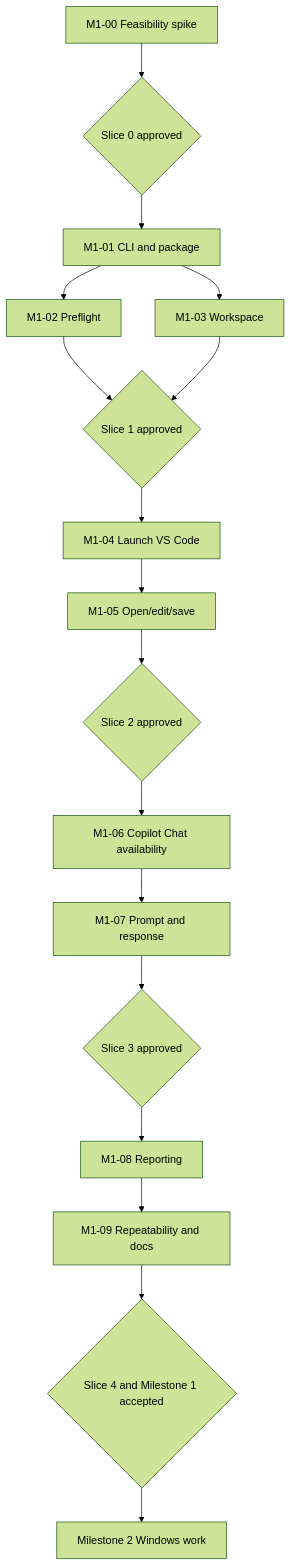
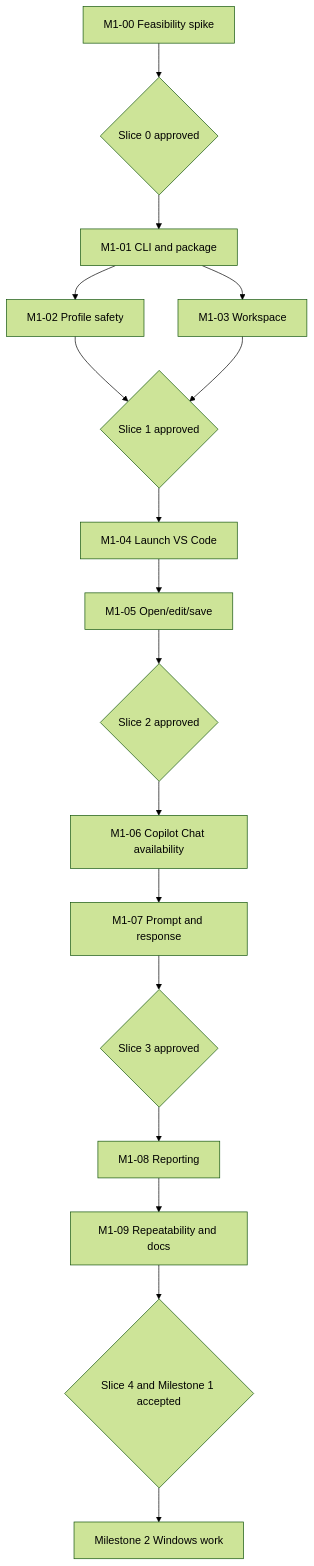
The second of 2 diagrams in specifications/ide-copilot-milestone1-user-stories.md (jimthompson5802/ide-tester), drawn with Mermaid (forest theme) before and after one commit. The commit also changed other lines of this file and 7 other files, not shown here.

Commit message:
docs: limit M1-02 scope to profile safety

````diff
--- a/specifications/ide-copilot-milestone1-user-stories.md
+++ b/specifications/ide-copilot-milestone1-user-stories.md
@@ -366,19 +364,19 @@
 ```mermaid
 flowchart TD
     A[M1-00 Feasibility spike] --> G0{Slice 0 approved}
     G0 --> B[M1-01 CLI and package]
-    B --> C[M1-02 Preflight]
+    B --> C[M1-02 Profile safety]
     B --> D[M1-03 Workspace]
     C --> G1{Slice 1 approved}
     D --> G1
     G1 --> E[M1-04 Launch VS Code]
     E --> F[M1-05 Open/edit/save]
     F --> G2{Slice 2 approved}
     G2 --> G[M1-06 Copilot Chat availability]
     G --> H[M1-07 Prompt and response]
     H --> G3{Slice 3 approved}
     G3 --> I[M1-08 Reporting]
     I --> J
     J[M1-09 Repeatability and docs] --> G4{Slice 4 and Milestone 1 accepted}
     G4 --> W[Milestone 2 Windows work]
 ```
````
